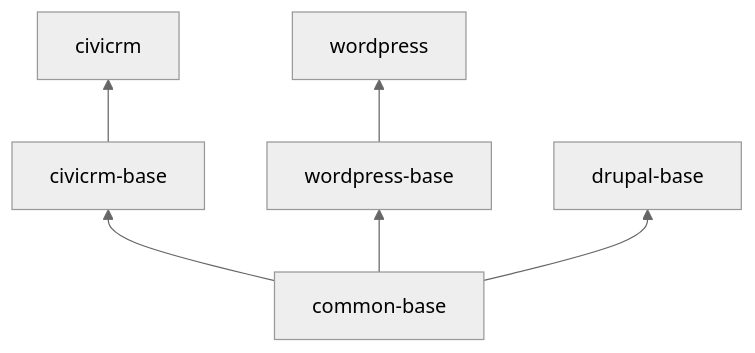
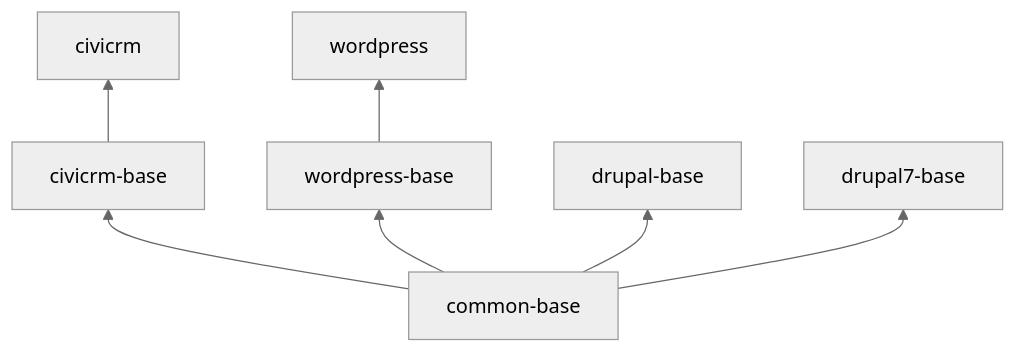
Before and after one commit to mjwconsult/civicrm-docker: the diagram in README.md, drawn with Mermaid (neutral theme). The commit also changed 6 other files, not shown here.

First line of the commit message:
drupal7-base: runtime image for CiviCRM on Drupal 7

````diff
--- a/README.md
+++ b/README.md
@@ -206,11 +206,13 @@
 ```mermaid
 flowchart BT
     C[civicrm]
     B[civicrm-base] --> C
     A[common-base] --> B
     E[wordpress]
     D[wordpress-base] --> E
     A --> D
     F[drupal-base]
     A --> F
+    G[drupal7-base]
+    A --> G
 ```
````
